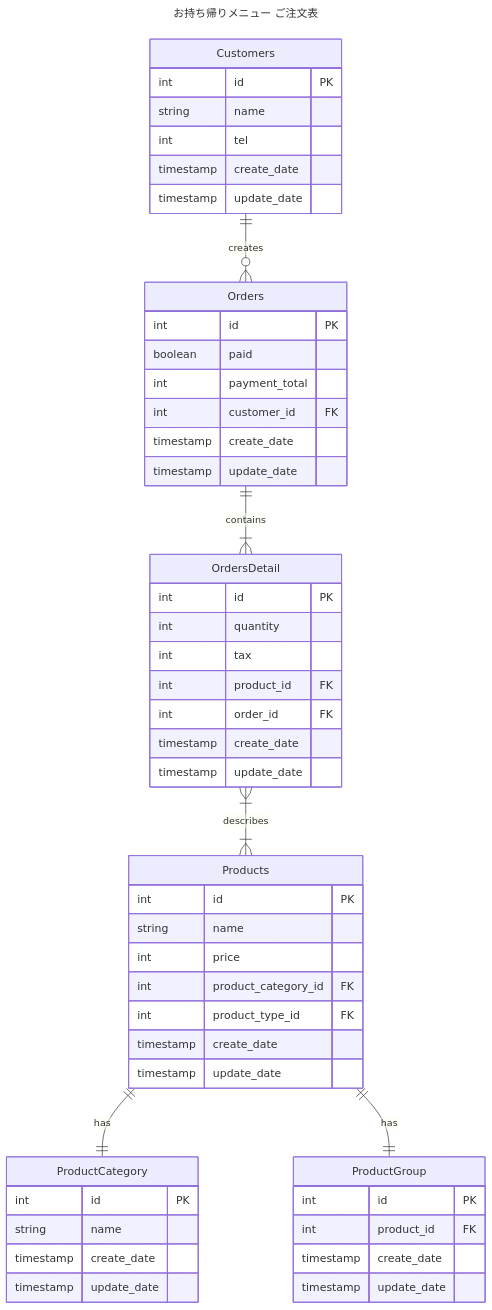
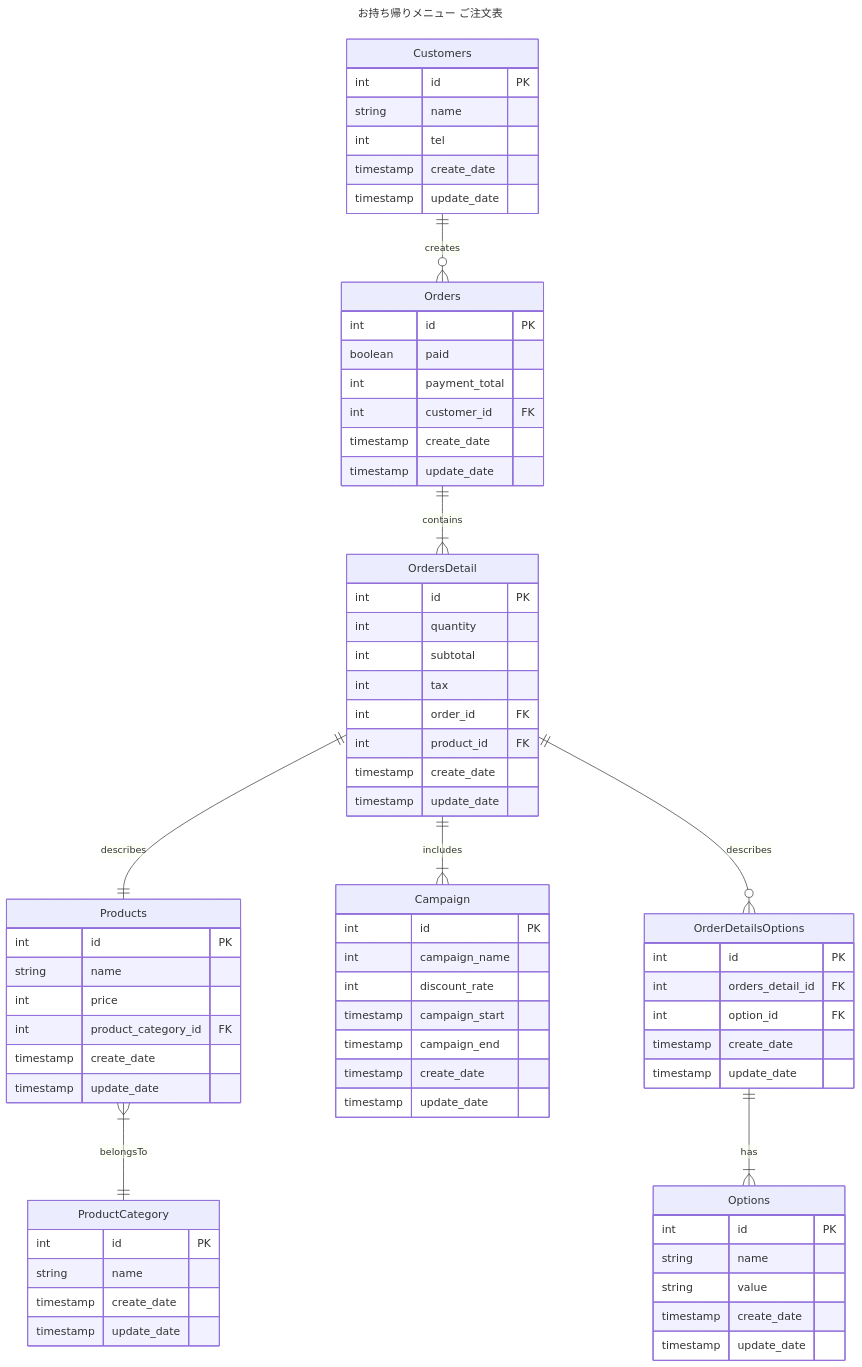
Before and after one commit to ttakuma17/til: the diagram in db/modeling/1/3-1/3-1.md, drawn with Mermaid. The commit also changed 2 other files, not shown here.

Commit message:
1-3のERD/DDL/DML

````diff
--- a/db/modeling/1/3-1/3-1.md
+++ b/db/modeling/1/3-1/3-1.md
@@ -3,56 +3,75 @@
 ```mermaid
 ---
 title: お持ち帰りメニュー ご注文表
 ---
 erDiagram
     Customers ||--o{ Orders : creates
     Customers {
         int id PK
         string name
         int tel
         timestamp create_date
         timestamp update_date
     }
     Orders ||--|{ OrdersDetail : contains
-	  Orders { 
+    Orders { 
         int id PK
         boolean paid
         int payment_total
         int customer_id FK
         timestamp create_date
         timestamp update_date
     }
-    OrdersDetail }|--|{ Products : describes
+    OrdersDetail ||--|| Products : describes
     OrdersDetail {
         int id PK
         int quantity
+        int subtotal
         int tax
+        int order_id FK
         int product_id FK
-        int order_id FK
         timestamp create_date
         timestamp update_date
     }
-    Products ||--|| ProductCategory : has
+    OrdersDetail ||--|{ Campaign : includes
+    Campaign {
+        int id PK
+        int campaign_name
+        int discount_rate
+        timestamp campaign_start
+        timestamp campaign_end
+        timestamp create_date
+        timestamp update_date
+    }
     Products {
         int id PK
         string name
         int price
         int product_category_id FK
-        int product_type_id FK
         timestamp create_date
-        timestamp update_date
+        timestamp update_date 
     }
-    Products ||--|| ProductGroup : has
-    ProductGroup {
-        int id PK
-        int product_id FK
-        timestamp create_date
-        timestamp update_date
-    }
+    Products }|--|| ProductCategory : belongsTo
     ProductCategory {
         int id PK
         string name
         timestamp create_date
         timestamp update_date
     }
+    Options {
+        int id PK
+        string name
+        string value
+        timestamp create_date
+        timestamp update_date
+    }
+    OrdersDetail ||--o{ OrderDetailsOptions: describes
+    OrderDetailsOptions ||--|{ Options: has
+    OrderDetailsOptions {
+        int id PK
+        int orders_detail_id FK
+        int option_id FK
+        timestamp create_date
+        timestamp update_date
+    }
 ```
````
